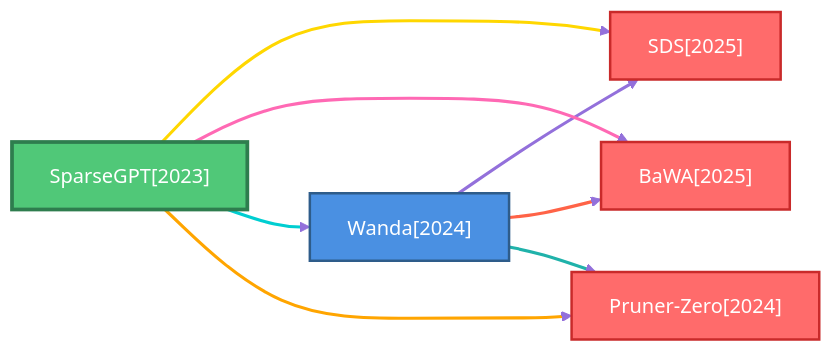
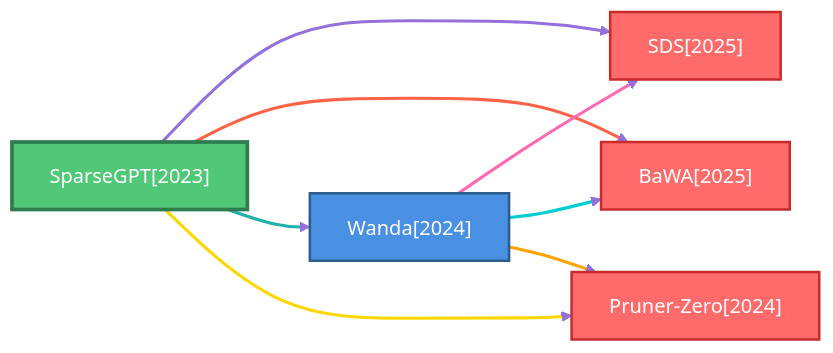
The third of 6 diagrams in docs/baseline_methods_graph.md (hustzxd/EfficientPaper), drawn with Mermaid (forest theme) before and after one commit. The commit also changed other lines of this file and 1 other file, not shown here.

````diff
--- a/docs/baseline_methods_graph.md
+++ b/docs/baseline_methods_graph.md
@@ -89,33 +89,33 @@
 ```mermaid
 flowchart LR
     classDef defaultNode fill:#4A90E2,stroke:#2E5C8A,stroke-width:2px,color:#fff
     classDef rootNode fill:#50C878,stroke:#2E7D4E,stroke-width:3px,color:#fff
     classDef leafNode fill:#FF6B6B,stroke:#C92A2A,stroke-width:2px,color:#fff
     linkStyle default stroke:#9370DB,stroke-width:2px
 
-    2025_BaWA["BaWA[2025]"]
-    class 2025_BaWA leafNode
+    2023_SparseGPT["SparseGPT[2023]"]
+    class 2023_SparseGPT rootNode
+    2025_SDS["SDS[2025]"]
+    class 2025_SDS leafNode
     2024_Wanda["Wanda[2024]"]
     class 2024_Wanda defaultNode
     2024_Pruner_Zero["Pruner-Zero[2024]"]
     class 2024_Pruner_Zero leafNode
-    2025_SDS["SDS[2025]"]
-    class 2025_SDS leafNode
-    2023_SparseGPT["SparseGPT[2023]"]
-    class 2023_SparseGPT rootNode
+    2025_BaWA["BaWA[2025]"]
+    class 2025_BaWA leafNode
 
+    2023_SparseGPT ==>|" "| 2025_SDS
+    linkStyle 0 stroke:#9370DB,stroke-width:2.5px
+    2023_SparseGPT ==>|" "| 2025_BaWA
+    linkStyle 1 stroke:#FF6347,stroke-width:2.5px
+    2023_SparseGPT ==>|" "| 2024_Wanda
+    linkStyle 2 stroke:#20B2AA,stroke-width:2.5px
+    2023_SparseGPT ==>|" "| 2024_Pruner_Zero
+    linkStyle 3 stroke:#FFD700,stroke-width:2.5px
     2024_Wanda ==>|" "| 2025_SDS
-    linkStyle 0 stroke:#9370DB,stroke-width:2.5px
+    linkStyle 4 stroke:#FF69B4,stroke-width:2.5px
     2024_Wanda ==>|" "| 2025_BaWA
-    linkStyle 1 stroke:#FF6347,stroke-width:2.5px
+    linkStyle 5 stroke:#00CED1,stroke-width:2.5px
     2024_Wanda ==>|" "| 2024_Pruner_Zero
-    linkStyle 2 stroke:#20B2AA,stroke-width:2.5px
-    2023_SparseGPT ==>|" "| 2025_SDS
-    linkStyle 3 stroke:#FFD700,stroke-width:2.5px
-    2023_SparseGPT ==>|" "| 2025_BaWA
-    linkStyle 4 stroke:#FF69B4,stroke-width:2.5px
-    2023_SparseGPT ==>|" "| 2024_Wanda
-    linkStyle 5 stroke:#00CED1,stroke-width:2.5px
-    2023_SparseGPT ==>|" "| 2024_Pruner_Zero
     linkStyle 6 stroke:#FFA500,stroke-width:2.5px
 ```
````
